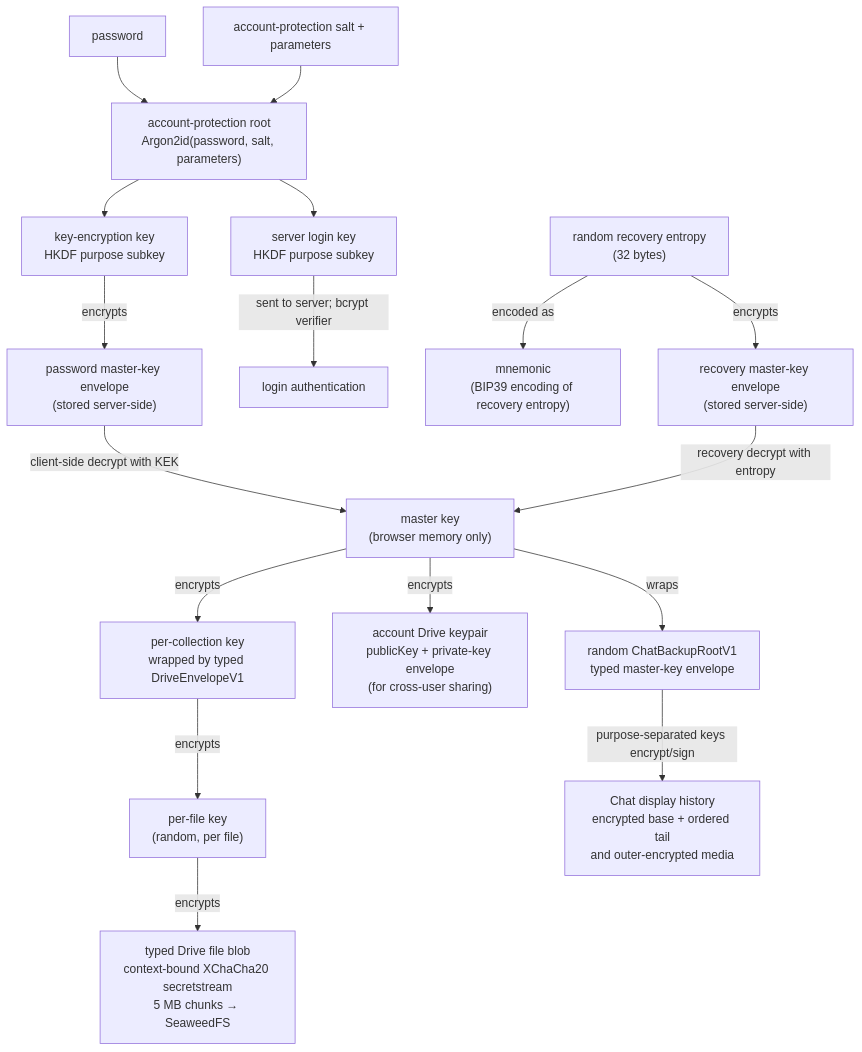
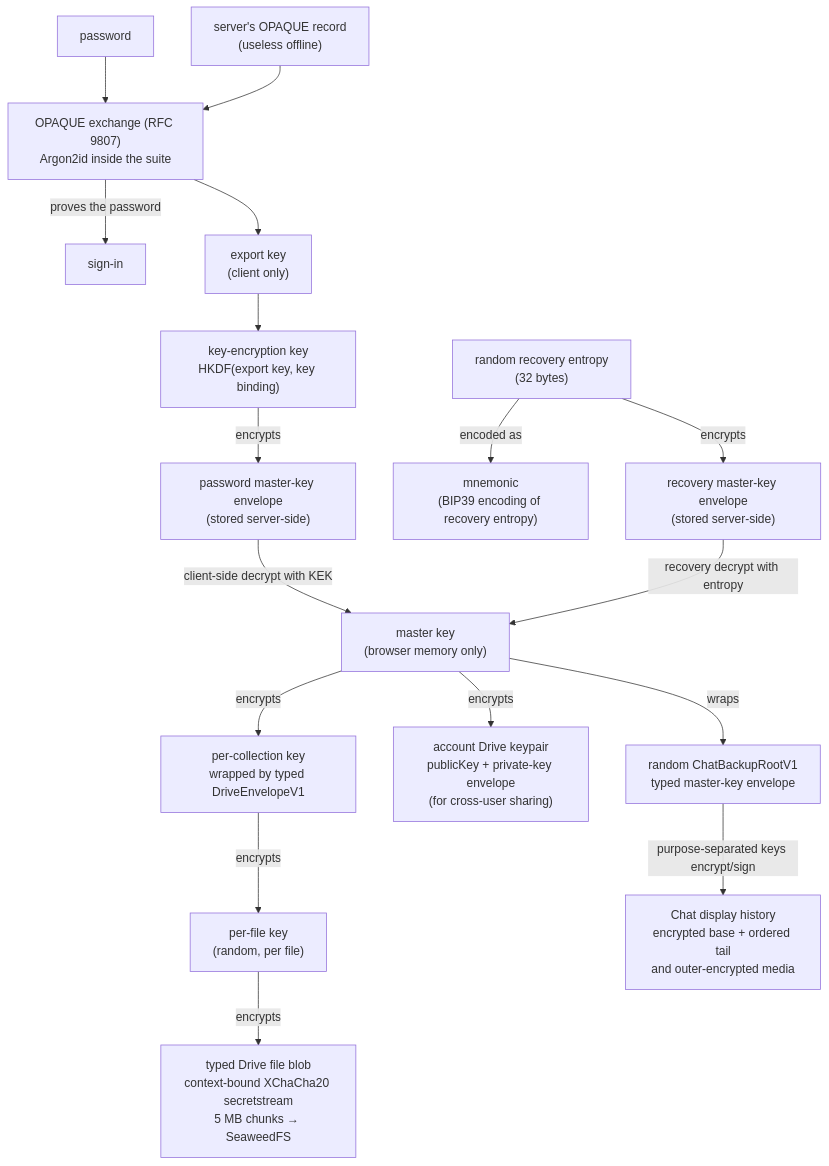
One commit to kutupbt/kutup changed the first of 4 diagrams in docs/architecture.md. Above: the diagram before and after it, drawn with Mermaid. The commit also changed other lines of this file and 35 other files, not shown here.

Commit message:
OPAQUE: live tests and helpers on the exchange, the CLI (login, register, recover, password), OPAQUE_SETUP_KEYS in every stack, API and operator docs

````diff
--- a/docs/architecture.md
+++ b/docs/architecture.md
@@ -26,36 +26,36 @@
 ```mermaid
 flowchart TD
     P["password"]
-    APS["account-protection salt + parameters"]
-    APR["account-protection root<br/>Argon2id(password, salt, parameters)"]
-    KEK["key-encryption key<br/>HKDF purpose subkey"]
-    LK["server login key<br/>HKDF purpose subkey"]
+    OP["OPAQUE exchange (RFC 9807)<br/>Argon2id inside the suite"]
+    REC["server's OPAQUE record<br/>(useless offline)"]
+    EK["export key<br/>(client only)"]
+    KEK["key-encryption key<br/>HKDF(export key, key binding)"]
     RE["random recovery entropy<br/>(32 bytes)"]
     M["mnemonic<br/>(BIP39 encoding of recovery entropy)"]
     EMK["password master-key envelope<br/>(stored server-side)"]
     ERK["recovery master-key envelope<br/>(stored server-side)"]
     MK["master key<br/>(browser memory only)"]
     CK["per-collection key<br/>wrapped by typed DriveEnvelopeV1"]
     DRIVE["account Drive keypair<br/>publicKey + private-key envelope<br/>(for cross-user sharing)"]
     CBR["random ChatBackupRootV1<br/>typed master-key envelope"]
     CBO["Chat display history<br/>encrypted base + ordered tail<br/>and outer-encrypted media"]
     FK["per-file key<br/>(random, per file)"]
     BLOB["typed Drive file blob<br/>context-bound XChaCha20 secretstream<br/>5 MB chunks → SeaweedFS"]
 
-    P --> APR
-    APS --> APR
-    APR --> KEK
-    APR --> LK
-    LK -->|sent to server; bcrypt verifier| AUTH["login authentication"]
+    P --> OP
+    REC --> OP
+    OP -->|proves the password| AUTH["sign-in"]
+    OP --> EK
+    EK --> KEK
     RE -->|encoded as| M
     KEK -->|encrypts| EMK
     RE -->|encrypts| ERK
     EMK -->|client-side decrypt with KEK| MK
     ERK -->|recovery decrypt with entropy| MK
     MK -->|encrypts| CK
     MK -->|encrypts| DRIVE
     MK -->|wraps| CBR
     CBR -->|purpose-separated keys encrypt/sign| CBO
     CK -->|encrypts| FK
     FK -->|encrypts| BLOB
 ```
````
